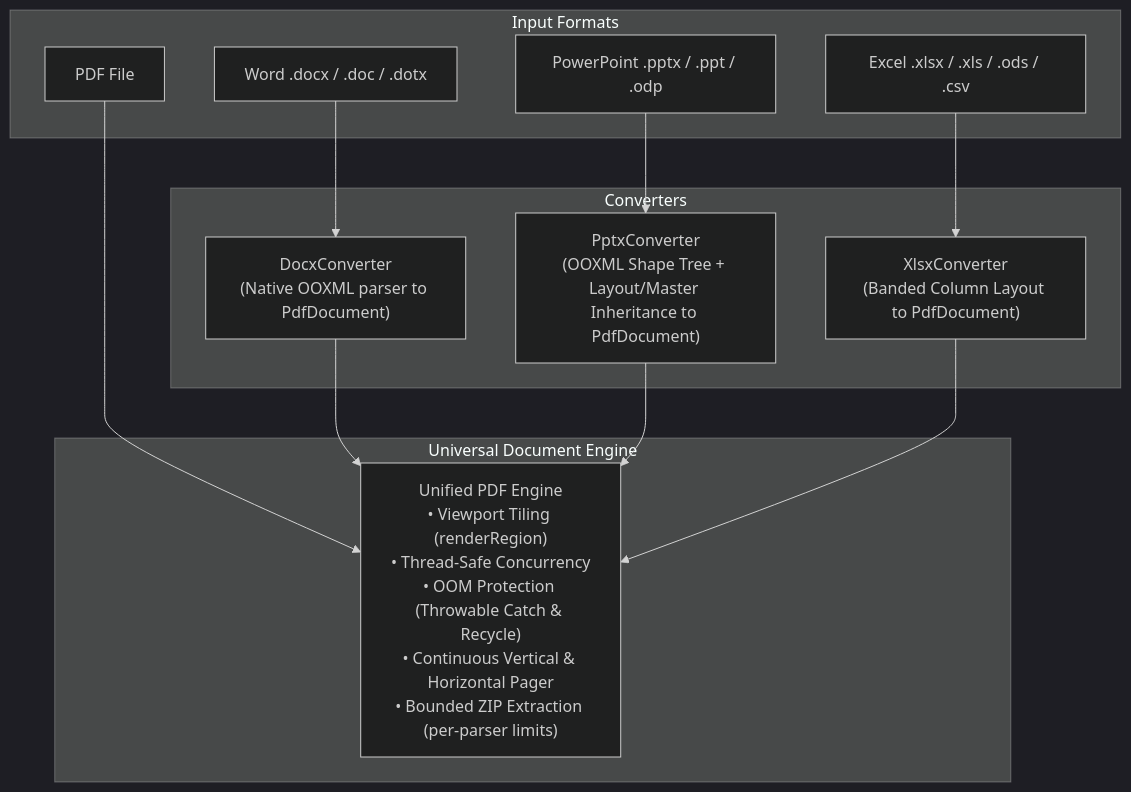
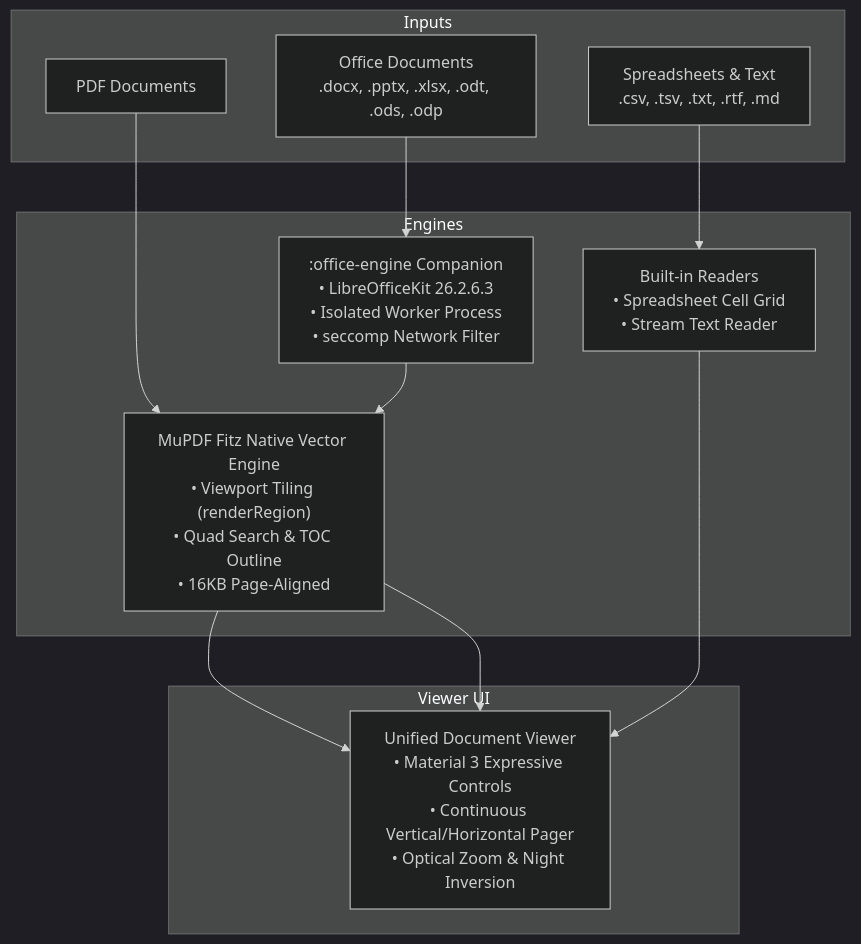
The diagram in improvement.md (abhisheksati132/mydoc), drawn with Mermaid (dark theme) before and after one commit. The commit also changed other lines of this file and 5 other files, not shown here.

Commit message:
docs: modernize architecture, engine documentation, and improvement plan for v2.0.3

````diff
--- a/improvement.md
+++ b/improvement.md
@@ -25,24 +23,22 @@
 ```mermaid
 graph TD
-    subgraph Input Formats
-        PDF[PDF File]
-        DOCX[Word .docx / .doc / .dotx]
-        PPTX[PowerPoint .pptx / .ppt / .odp]
-        XLSX[Excel .xlsx / .xls / .ods / .csv]
+    subgraph Inputs
+        PDF[PDF Documents]
+        OFFICE[Office Documents<br/>.docx, .pptx, .xlsx, .odt, .ods, .odp]
+        DATA[Spreadsheets & Text<br/>.csv, .tsv, .txt, .rtf, .md]
     end
 
-    subgraph Converters
-        DOCX_CONV["DocxConverter<br/>(Native OOXML parser to PdfDocument)"]
-        PPTX_CONV["PptxConverter<br/>(OOXML Shape Tree + Layout/Master Inheritance to PdfDocument)"]
-        XLSX_CONV["XlsxConverter<br/>(Banded Column Layout to PdfDocument)"]
+    subgraph Engines
+        MUPDF["MuPDF Fitz Native Vector Engine<br/>• Viewport Tiling (renderRegion)<br/>• Quad Search & TOC Outline<br/>• 16KB Page-Aligned"]
+        LO_ENGINE[":office-engine Companion<br/>• LibreOfficeKit 26.2.6.3<br/>• Isolated Worker Process<br/>• seccomp Network Filter"]
+        NATIVE_GRID["Built-in Readers<br/>• Spreadsheet Cell Grid<br/>• Stream Text Reader"]
     end
 
-    subgraph Universal Document Engine
-        PDF_ENGINE["Unified PDF Engine<br/>• Viewport Tiling (renderRegion)<br/>• Thread-Safe Concurrency<br/>• OOM Protection (Throwable Catch & Recycle)<br/>• Continuous Vertical & Horizontal Pager<br/>• Bounded ZIP Extraction (per-parser limits)"]
+    subgraph Viewer UI
+        VIEWER["Unified Document Viewer<br/>• Material 3 Expressive Controls<br/>• Continuous Vertical/Horizontal Pager<br/>• Optical Zoom & Night Inversion"]
     end
 
-    PDF --> PDF_ENGINE
-    DOCX --> DOCX_CONV --> PDF_ENGINE
-    PPTX --> PPTX_CONV --> PDF_ENGINE
-    XLSX --> XLSX_CONV --> PDF_ENGINE
+    PDF --> MUPDF --> VIEWER
+    OFFICE --> LO_ENGINE --> MUPDF --> VIEWER
+    DATA --> NATIVE_GRID --> VIEWER
 ```
````
